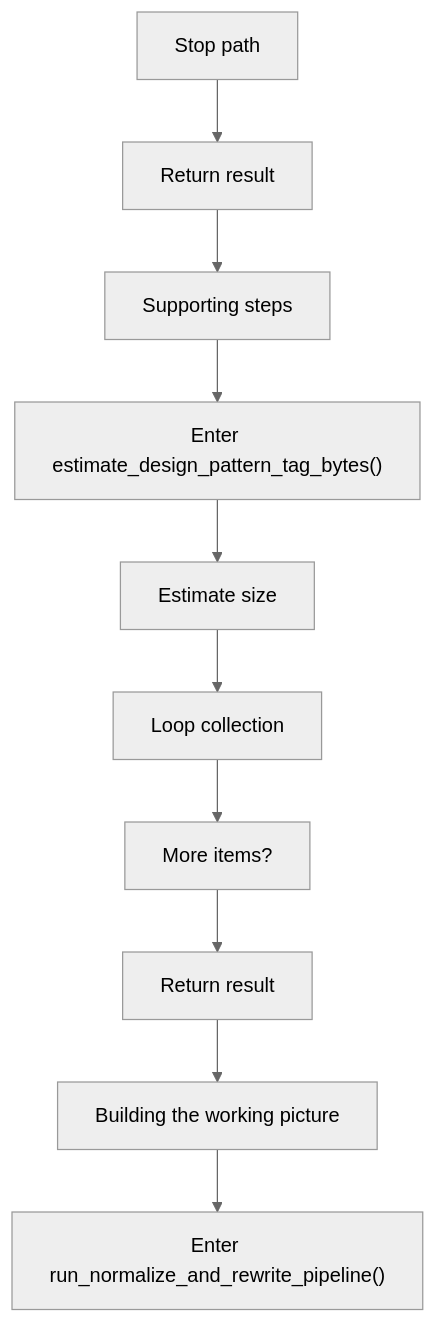
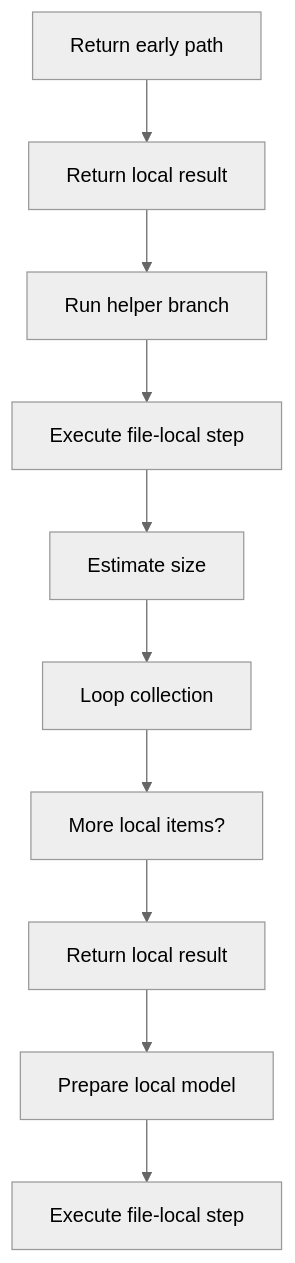
One commit to JohnAndrewBalbarosa/NeoTerritory changed the sixth of 8 diagrams in docs/Codebase/Microservice/Modules/Source/OutputGeneration/UnitTestGeneration/Flow/algorithm_pipeline_program_flow_02.cpp.md. Above: the diagram before and after it, drawn with Mermaid (neutral theme). The commit also changed other lines of this file and 915 other files, not shown here.

````diff
--- a/docs/Codebase/Microservice/Modules/Source/OutputGeneration/UnitTestGeneration/Flow/algorithm_pipeline_program_flow_02.cpp.md
+++ b/docs/Codebase/Microservice/Modules/Source/OutputGeneration/UnitTestGeneration/Flow/algorithm_pipeline_program_flow_02.cpp.md
@@ -139,22 +139,22 @@
 ```mermaid
 flowchart TD
-    N0["Stop path"]
-    N1["Return result"]
-    N2["Supporting steps"]
-    N3["Enter estimate_design_pattern_tag_bytes()"]
+    N0["Return early path"]
+    N1["Return local result"]
+    N2["Run helper branch"]
+    N3["Execute file-local step"]
     N4["Estimate size"]
     N5["Loop collection"]
-    N6["More items?"]
-    N7["Return result"]
-    N8["Building the working picture"]
-    N9["Enter run_normalize_and_rewrite_pipeline()"]
+    N6["More local items?"]
+    N7["Return local result"]
+    N8["Prepare local model"]
+    N9["Execute file-local step"]
     N0 --> N1
     N1 --> N2
     N2 --> N3
     N3 --> N4
     N4 --> N5
     N5 --> N6
     N6 --> N7
     N7 --> N8
     N8 --> N9
 ```
````
